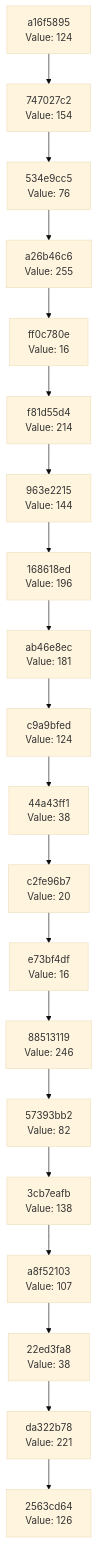
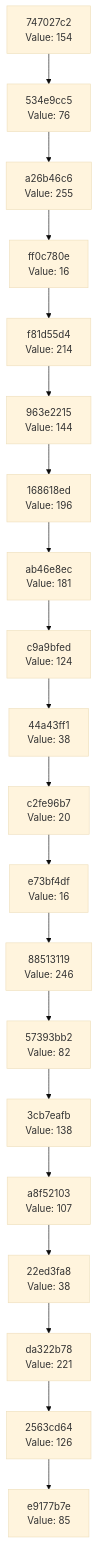
Before and after one commit to Abhisheksinha1506/hash-chain-evolver: the diagram in docs/CHAIN_VISUALIZATION.md, drawn with Mermaid (base theme). The commit also changed 2 other files, not shown here.

Commit message:
Evolution Step

````diff
--- a/docs/CHAIN_VISUALIZATION.md
+++ b/docs/CHAIN_VISUALIZATION.md
@@ -3,42 +3,42 @@
 ```mermaid
 graph TD
-    C0["2563cd64<br/>Value: 126"]
-    C1["da322b78<br/>Value: 221"]
+    C0["e9177b7e<br/>Value: 85"]
+    C1["2563cd64<br/>Value: 126"]
     C1 --> C0
-    C2["22ed3fa8<br/>Value: 38"]
+    C2["da322b78<br/>Value: 221"]
     C2 --> C1
-    C3["a8f52103<br/>Value: 107"]
+    C3["22ed3fa8<br/>Value: 38"]
     C3 --> C2
-    C4["3cb7eafb<br/>Value: 138"]
+    C4["a8f52103<br/>Value: 107"]
     C4 --> C3
-    C5["57393bb2<br/>Value: 82"]
+    C5["3cb7eafb<br/>Value: 138"]
     C5 --> C4
-    C6["88513119<br/>Value: 246"]
+    C6["57393bb2<br/>Value: 82"]
     C6 --> C5
-    C7["e73bf4df<br/>Value: 16"]
+    C7["88513119<br/>Value: 246"]
     C7 --> C6
-    C8["c2fe96b7<br/>Value: 20"]
+    C8["e73bf4df<br/>Value: 16"]
     C8 --> C7
-    C9["44a43ff1<br/>Value: 38"]
+    C9["c2fe96b7<br/>Value: 20"]
     C9 --> C8
-    C10["c9a9bfed<br/>Value: 124"]
+    C10["44a43ff1<br/>Value: 38"]
     C10 --> C9
-    C11["ab46e8ec<br/>Value: 181"]
+    C11["c9a9bfed<br/>Value: 124"]
     C11 --> C10
-    C12["168618ed<br/>Value: 196"]
+    C12["ab46e8ec<br/>Value: 181"]
     C12 --> C11
-    C13["963e2215<br/>Value: 144"]
+    C13["168618ed<br/>Value: 196"]
     C13 --> C12
-    C14["f81d55d4<br/>Value: 214"]
+    C14["963e2215<br/>Value: 144"]
     C14 --> C13
-    C15["ff0c780e<br/>Value: 16"]
+    C15["f81d55d4<br/>Value: 214"]
     C15 --> C14
-    C16["a26b46c6<br/>Value: 255"]
+    C16["ff0c780e<br/>Value: 16"]
     C16 --> C15
-    C17["534e9cc5<br/>Value: 76"]
+    C17["a26b46c6<br/>Value: 255"]
     C17 --> C16
-    C18["747027c2<br/>Value: 154"]
+    C18["534e9cc5<br/>Value: 76"]
     C18 --> C17
-    C19["a16f5895<br/>Value: 124"]
+    C19["747027c2<br/>Value: 154"]
     C19 --> C18
 ```
````
